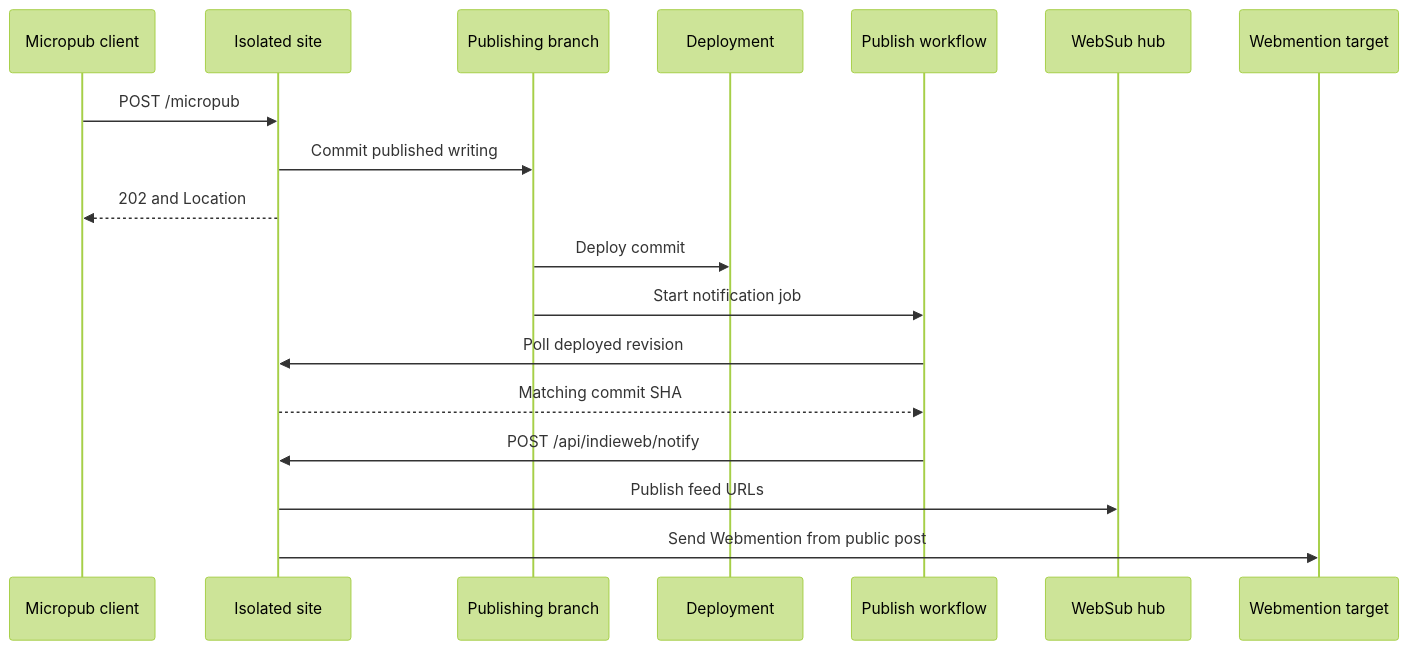
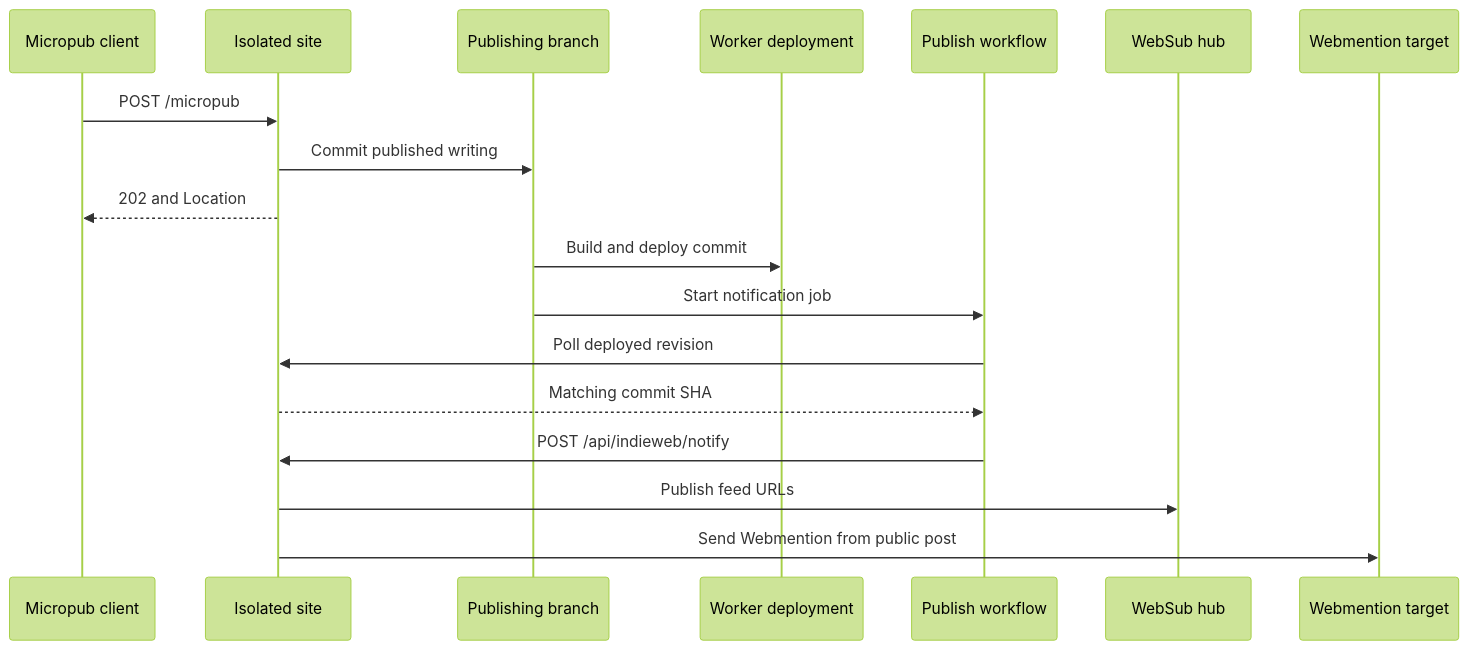
Before and after one commit to WillieCubed/website: the diagram in docs/indieweb/testing.md, drawn with Mermaid (forest theme). The commit also changed other lines of this file and 2 other files, not shown here.

Commit message:
chore(docs): Update IndieWeb guidance for Cloudflare storage

````diff
--- a/docs/indieweb/testing.md
+++ b/docs/indieweb/testing.md
@@ -77,20 +78,20 @@
 ```mermaid
 sequenceDiagram
     participant Client as Micropub client
     participant Site as Isolated site
     participant GitHub as Publishing branch
-    participant Vercel as Deployment
+    participant Cloudflare as Worker deployment
     participant Workflow as Publish workflow
     participant Hub as WebSub hub
     participant Target as Webmention target
     Client->>Site: POST /micropub
     Site->>GitHub: Commit published writing
     Site-->>Client: 202 and Location
-    GitHub->>Vercel: Deploy commit
+    GitHub->>Cloudflare: Build and deploy commit
     GitHub->>Workflow: Start notification job
     Workflow->>Site: Poll deployed revision
     Site-->>Workflow: Matching commit SHA
     Workflow->>Site: POST /api/indieweb/notify
     Site->>Hub: Publish feed URLs
     Site->>Target: Send Webmention from public post
 ```
````
